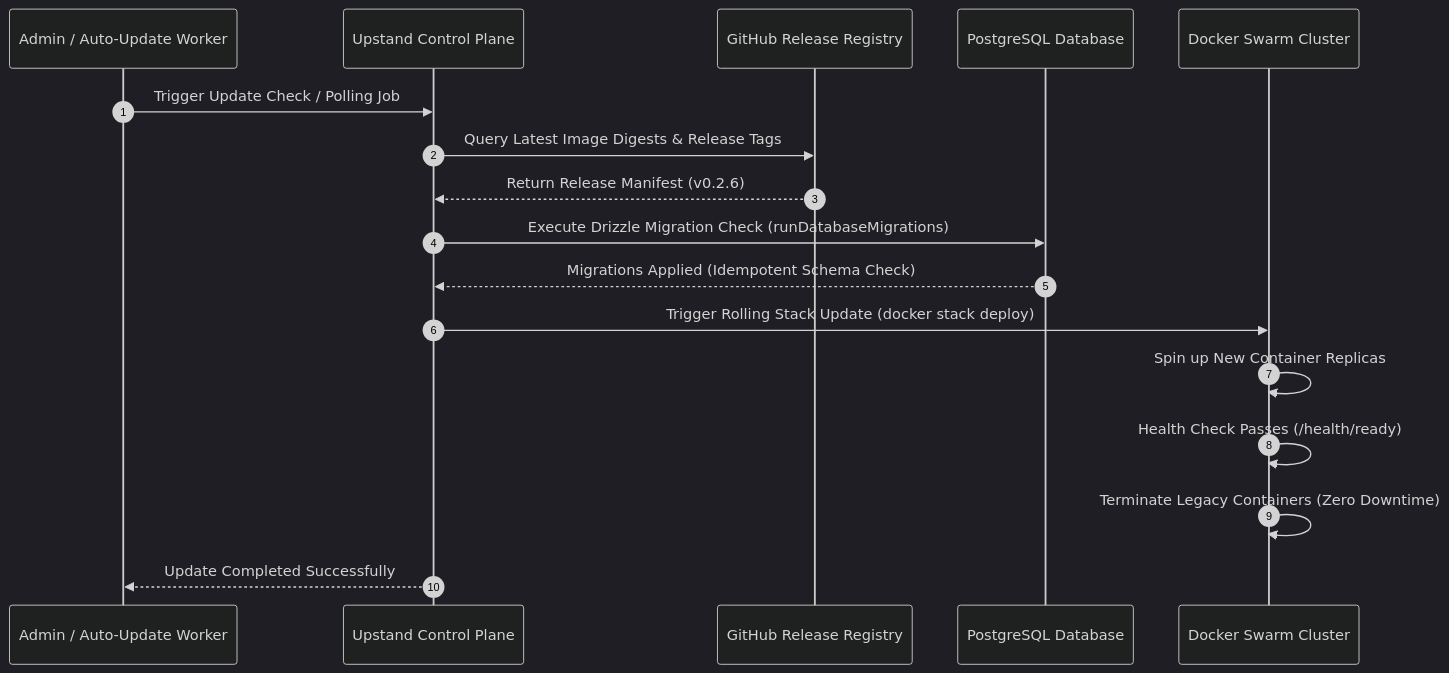
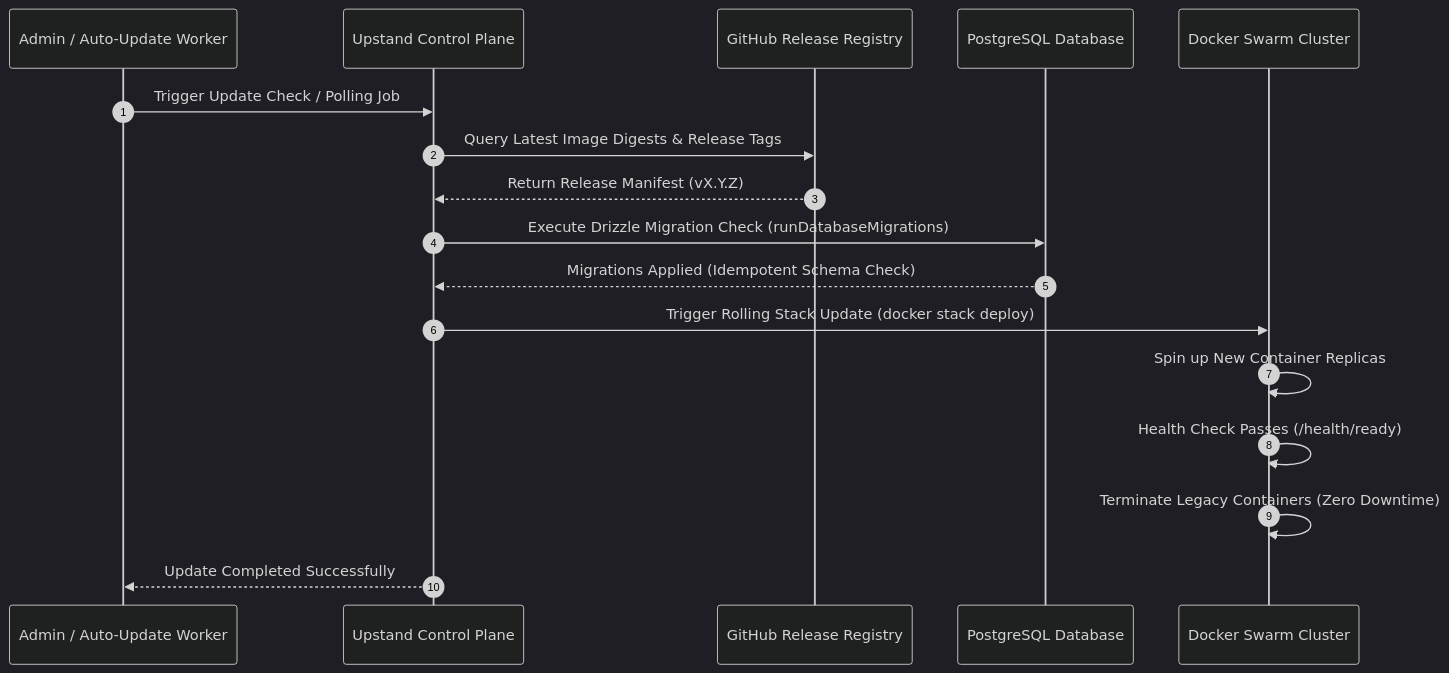
Before and after one commit to UpstandPlatform/upstand: the diagram in apps/fumadocs/content/docs/getting-started/updates.mdx, drawn with Mermaid (dark theme). The commit also changed other lines of this file and 37 other files, not shown here.

````diff
--- a/apps/fumadocs/content/docs/getting-started/updates.mdx
+++ b/apps/fumadocs/content/docs/getting-started/updates.mdx
@@ -12,20 +12,20 @@
 ```mermaid
 sequenceDiagram
     autonumber
     participant Admin as Admin / Auto-Update Worker
     participant API as Upstand Control Plane
     participant GH as GitHub Release Registry
     participant DB as PostgreSQL Database
     participant Swarm as Docker Swarm Cluster
 
     Admin->>API: Trigger Update Check / Polling Job
     API->>GH: Query Latest Image Digests & Release Tags
-    GH-->>API: Return Release Manifest (v0.2.6)
+    GH-->>API: Return Release Manifest (vX.Y.Z)
     API->>DB: Execute Drizzle Migration Check (runDatabaseMigrations)
     DB-->>API: Migrations Applied (Idempotent Schema Check)
     API->>Swarm: Trigger Rolling Stack Update (docker stack deploy)
     Swarm->>Swarm: Spin up New Container Replicas
     Swarm->>Swarm: Health Check Passes (/health/ready)
     Swarm->>Swarm: Terminate Legacy Containers (Zero Downtime)
     API-->>Admin: Update Completed Successfully
 ```
````
